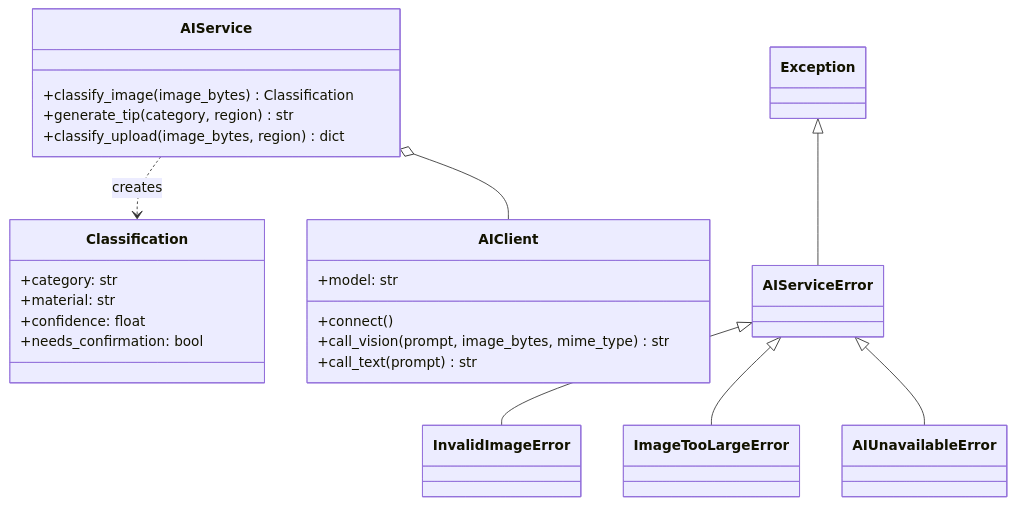
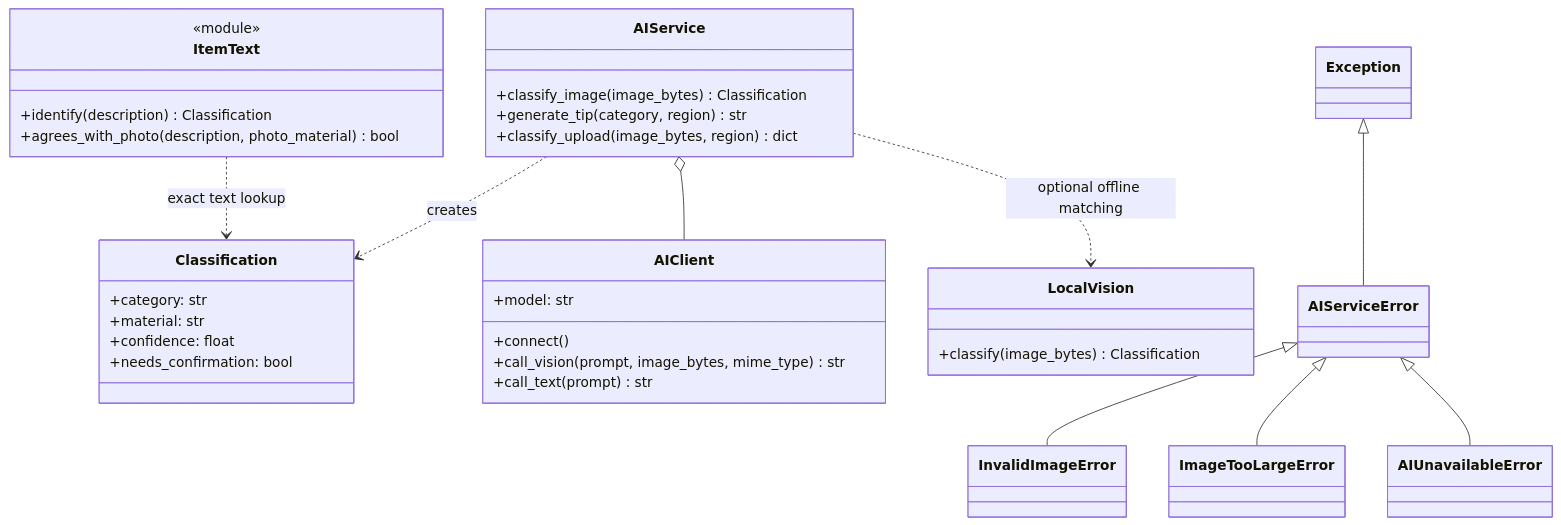
One commit to Timmyy3000/waste-sorting-assistant changed the sixth of 11 diagrams in README.md. Above: the diagram before and after it, drawn with Mermaid. The commit also changed other lines of this file and 13 other files, not shown here.

Commit message:
feat: review text and photo suggestions with safer guidance

````diff
--- a/README.md
+++ b/README.md
@@ -189,30 +345,40 @@
 ```mermaid
 classDiagram
     class Classification {
         +category: str
         +material: str
         +confidence: float
         +needs_confirmation: bool
     }
     class AIClient {
         +model: str
         +connect()
         +call_vision(prompt, image_bytes, mime_type) str
         +call_text(prompt) str
     }
     class AIService {
         +classify_image(image_bytes) Classification
         +generate_tip(category, region) str
         +classify_upload(image_bytes, region) dict
     }
+    class LocalVision {
+        +classify(image_bytes) Classification
+    }
+    class ItemText {
+        <<module>>
+        +identify(description) Classification
+        +agrees_with_photo(description, photo_material) bool
+    }
     class AIServiceError
     class InvalidImageError
     class ImageTooLargeError
     class AIUnavailableError
     AIService o-- AIClient
     AIService ..> Classification : creates
+    AIService ..> LocalVision : optional offline matching
+    ItemText ..> Classification : exact text lookup
     Exception <|-- AIServiceError
     AIServiceError <|-- InvalidImageError
     AIServiceError <|-- ImageTooLargeError
     AIServiceError <|-- AIUnavailableError
 ```
````
